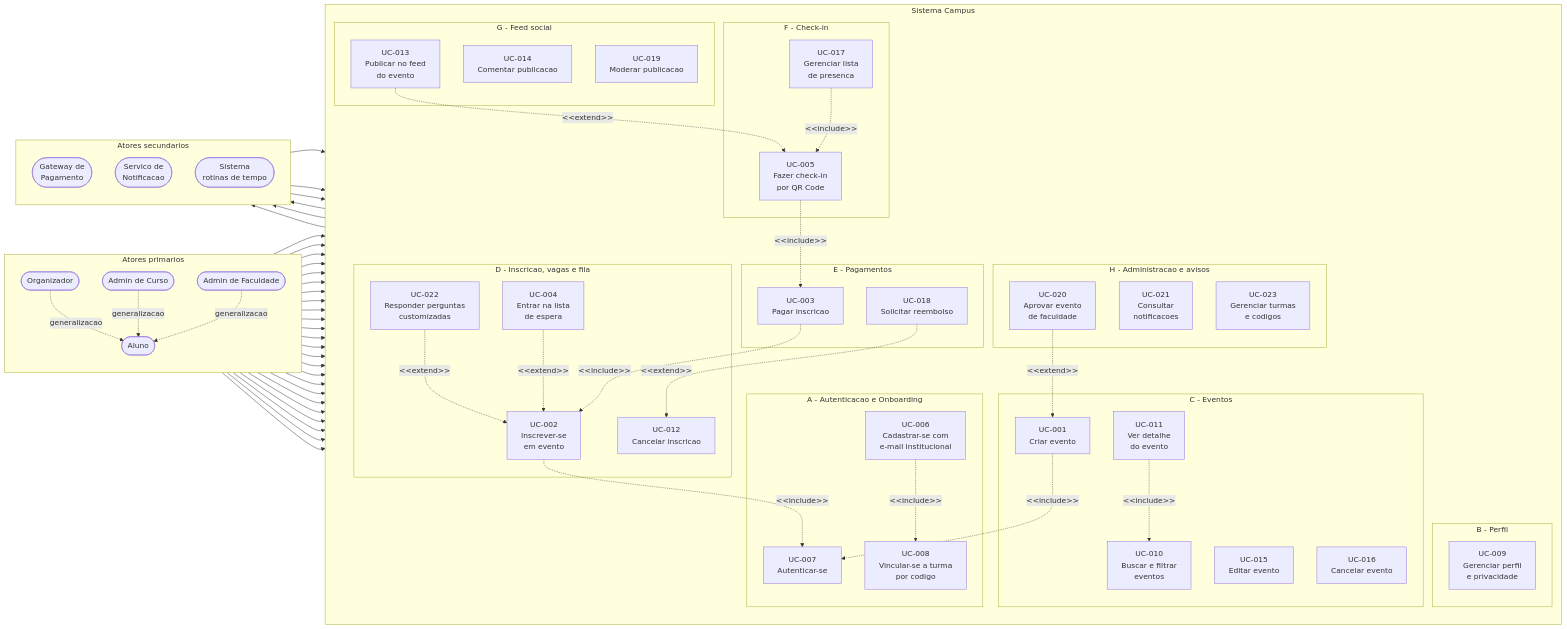
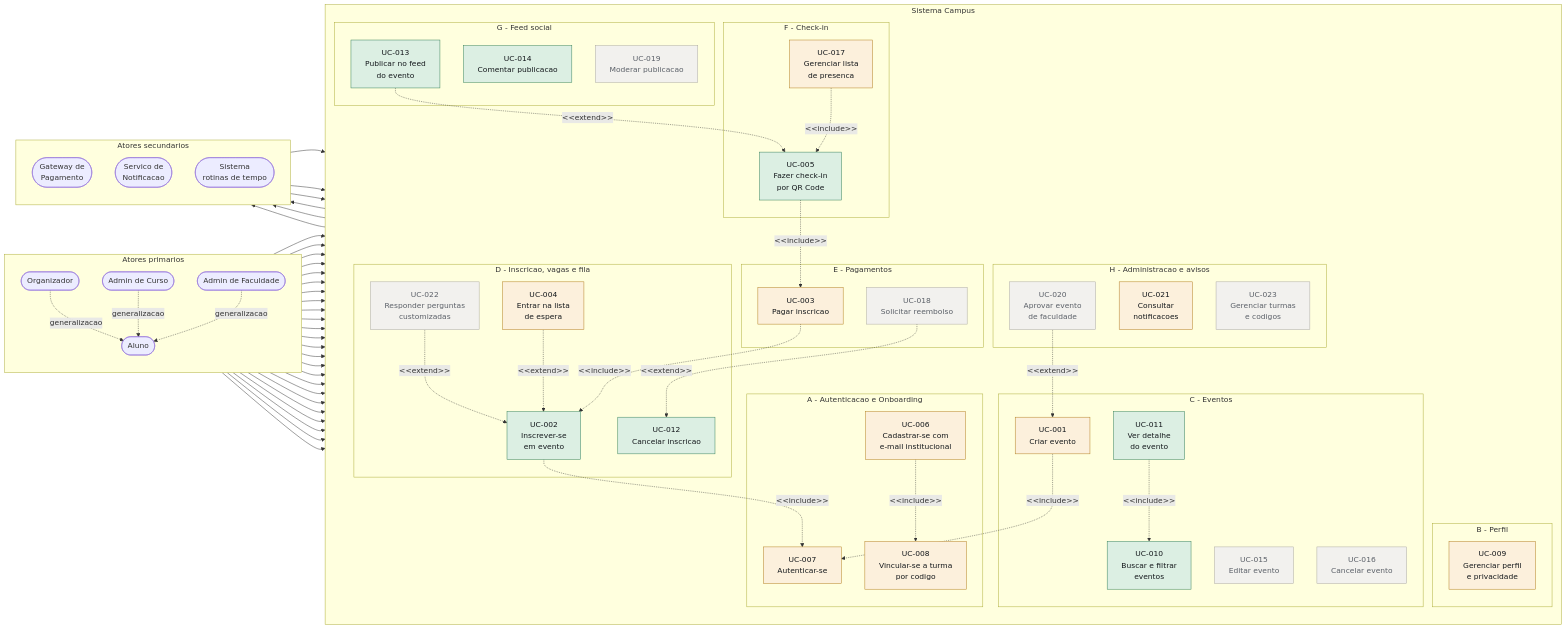
The diagram in docs/05-modelagem/01-casos-de-uso.md (lukiin-z/campus), drawn with Mermaid before and after one commit. The commit also changed other lines of this file and 29 other files, not shown here.

First line of the commit message:
docs(uml): refaz sequencia e atividade a partir do codigo, nao da intencao

````diff
--- a/docs/05-modelagem/01-casos-de-uso.md
+++ b/docs/05-modelagem/01-casos-de-uso.md
@@ -146,4 +153,12 @@
     E3 --> UC03
     E3 --> UC04
     E3 --> UC17
+
+    classDef fechado fill:#DCEFE3,stroke:#2F7D55,color:#14181C
+    classDef parcial fill:#FCF0DC,stroke:#B07A18,color:#14181C
+    classDef aberto fill:#F2F1EE,stroke:#A9A6A0,color:#5B6068
+
+    class UC02,UC05,UC10,UC11,UC12,UC13,UC14 fechado
+    class UC01,UC03,UC04,UC06,UC07,UC08,UC09,UC17,UC21 parcial
+    class UC15,UC16,UC18,UC19,UC20,UC22,UC23 aberto
 ```
````
